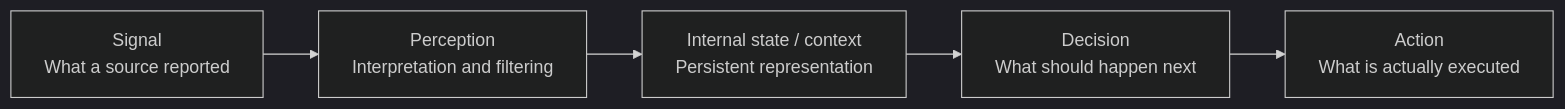
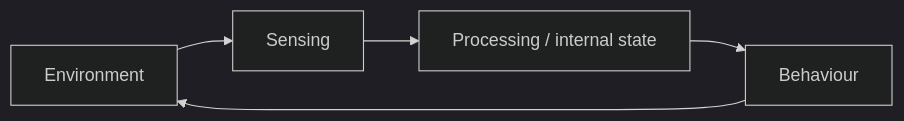
One commit to skasti/skyn-vaettr changed the second of 13 diagrams in docs/architecture.md. Above: the diagram before and after it, drawn with Mermaid (dark theme). The commit also changed other lines of this file, not shown here.

Commit message:
docs: make Skynvættr the persistent system

````diff
--- a/docs/architecture.md
+++ b/docs/architecture.md
@@ -83,13 +81,12 @@
 ```mermaid
 flowchart LR
-    S[Signal<br/>What a source reported]
-    P[Perception<br/>Interpretation and filtering]
-    C[Internal state / context<br/>Persistent representation]
-    D[Decision<br/>What should happen next]
-    A[Action<br/>What is actually executed]
+    E[Environment]
+    S[Sensing]
+    P[Processing / internal state]
+    B[Behaviour]
 
+    E --> S
     S --> P
-    P --> C
-    C --> D
-    D --> A
+    P --> B
+    B --> E
 ```
````
